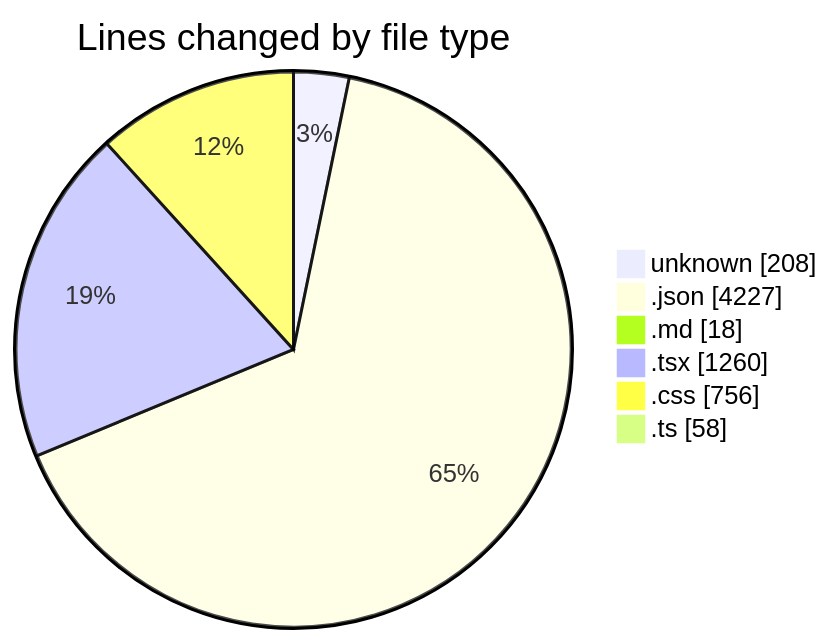
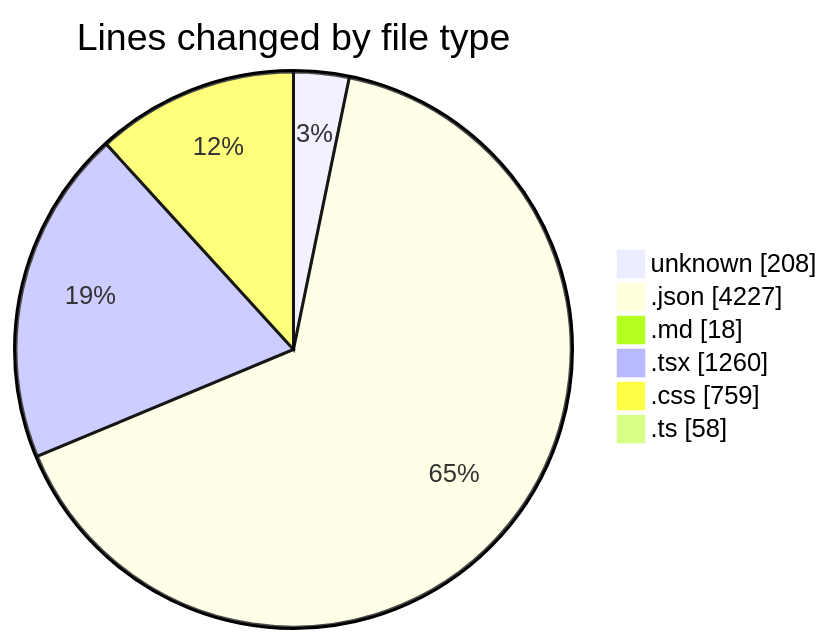
One commit to EIIisD/code-tracking changed the first of 2 diagrams in 2025-08-07/ribbon/README.md. Above: the diagram before and after it, drawn with Mermaid. The commit also changed other lines of this file and 1 other file, not shown here.

````diff
--- a/2025-08-07/ribbon/README.md
+++ b/2025-08-07/ribbon/README.md
@@ -36,10 +36,10 @@
 ```mermaid
 pie showData
 title Lines changed by file type
 "unknown" : 208
 ".json" : 4227
 ".md" : 18
 ".tsx" : 1260
-".css" : 756
+".css" : 759
 ".ts" : 58
 ```
````
